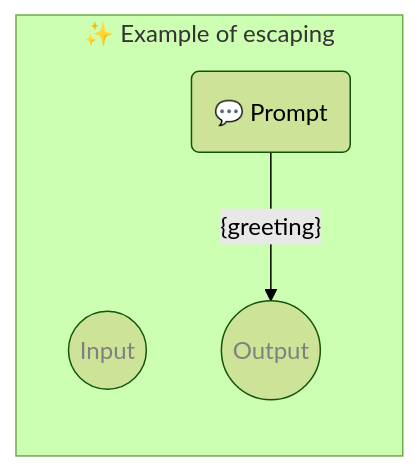
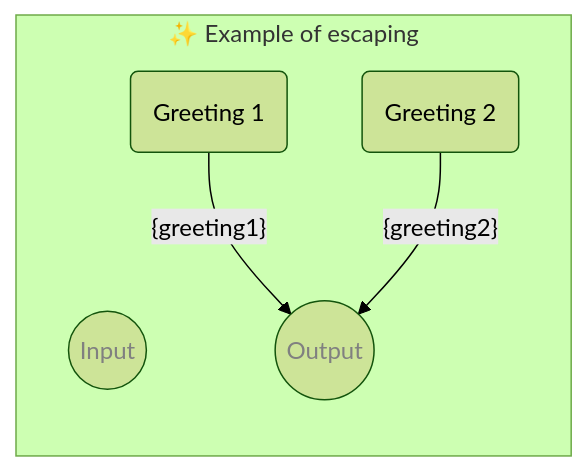
The diagram in examples/pipelines/30-escaping.book.md (webgptorg/promptbook), drawn with Mermaid (forest theme) before and after one commit. The commit also changed 41 other files, not shown here.

````diff
--- a/examples/pipelines/30-escaping.book.md
+++ b/examples/pipelines/30-escaping.book.md
@@ -12,21 +12,24 @@
 ```mermaid
 %% 🔮 Tip: Open this on GitHub or in the VSCode website to see the Mermaid graph visually
 
 flowchart LR
   subgraph "✨ Example of escaping"
 
       direction TB
 
       input((Input)):::input
-      templatePrompt("💬 Prompt")
+      taskGreeting1("Greeting 1")
+      taskGreeting2("Greeting 2")
 
-      templatePrompt--"{greeting}"-->output
+      taskGreeting1--"{greeting1}"-->output
+      taskGreeting2--"{greeting2}"-->output
       output((Output)):::output
 
-      click templatePrompt href "#prompt" "💬 Prompt";
+      click taskGreeting1 href "#greeting-1" "Greeting 1";
+      click taskGreeting2 href "#greeting-2" "Greeting 2";
 
       classDef input color: grey;
       classDef output color: grey;
 
   end;
 ```
````
